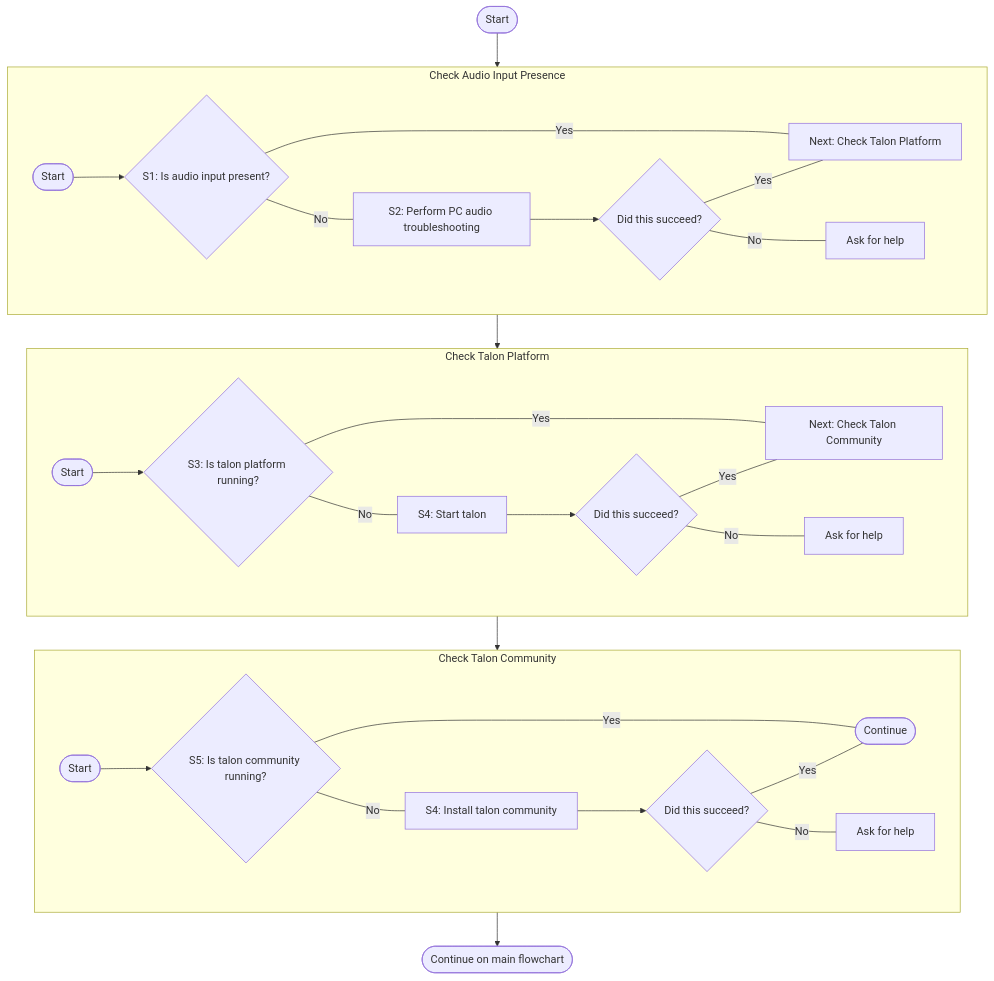
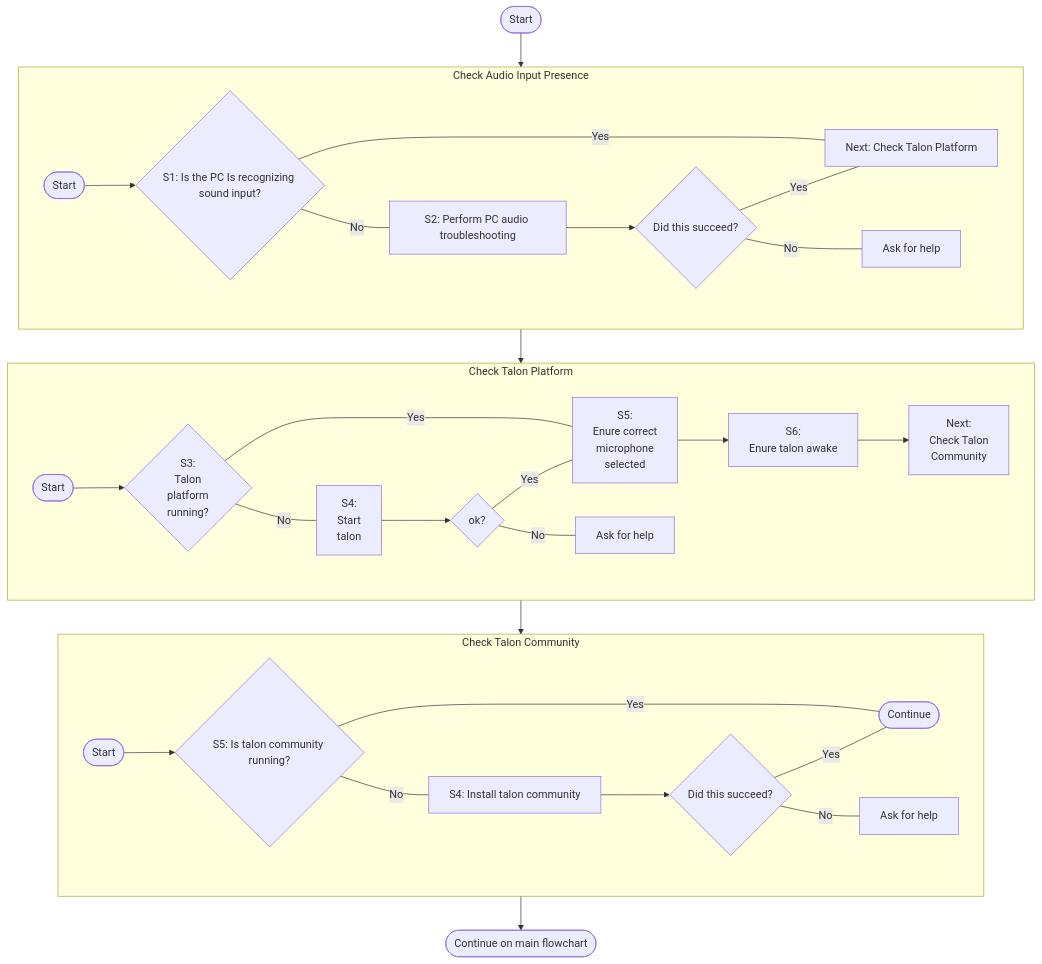
Before and after one commit to TalonCommunity/Wiki: the second of 2 diagrams in docs/Resource Hub/Troubleshooting/basic-issues.md, drawn with Mermaid. The commit also changed other lines of this file and 2 other files, not shown here.

```diff
--- a/docs/Resource Hub/Troubleshooting/basic-issues.md
+++ b/docs/Resource Hub/Troubleshooting/basic-issues.md
@@ -90,7 +89,7 @@
         g1_start@{ shape: stadium, label: "Start"}
         g1_start-->g1_q1
 
-        g1_q1{S1: Is audio input present?}
+        g1_q1{S1: Is the PC Is recognizing sound input?}
         g1_q1-- No ---g1_step1
         g1_q1-- Yes ---g1_next
 
@@ -111,18 +110,36 @@
         g2_start@{ shape: stadium, label: "Start"}
         g2_start-->g2_q1
 
-        g2_q1{S3: Is talon platform running?}
+        g2_q1{S3: 
+            Talon 
+            platform 
+            running?}
         g2_q1-- No ---g2_step1
-        g2_q1-- Yes ---g2_next
+        g2_q1-- Yes ---g2_step2
 
-        g2_step1[S4: Start talon]
+        g2_step1[S4: 
+            Start 
+            talon]
         g2_step1-->g2_q2
 
-        g2_q2{Did this succeed?}
+        g2_q2{ok?}
+        g2_q2-- Yes ---g2_step2
+
+        g2_step2[S5: 
+            Enure correct 
+            microphone 
+            selected]
+        g2_step2-->g2_step3
+
+        g2_step3[S6: 
+            Enure talon awake]
+        g2_step3-->g2_next
+
         g2_q2-- No ---g2_ask_for_help
-        g2_q2-- Yes ---g2_next
         g2_ask_for_help[Ask for help]
-        g2_next[Next: Check Talon Community]
+        g2_next[Next: 
+            Check Talon 
+            Community]
     end
     g2_talon_platform-->g3_talon_community
 
```
